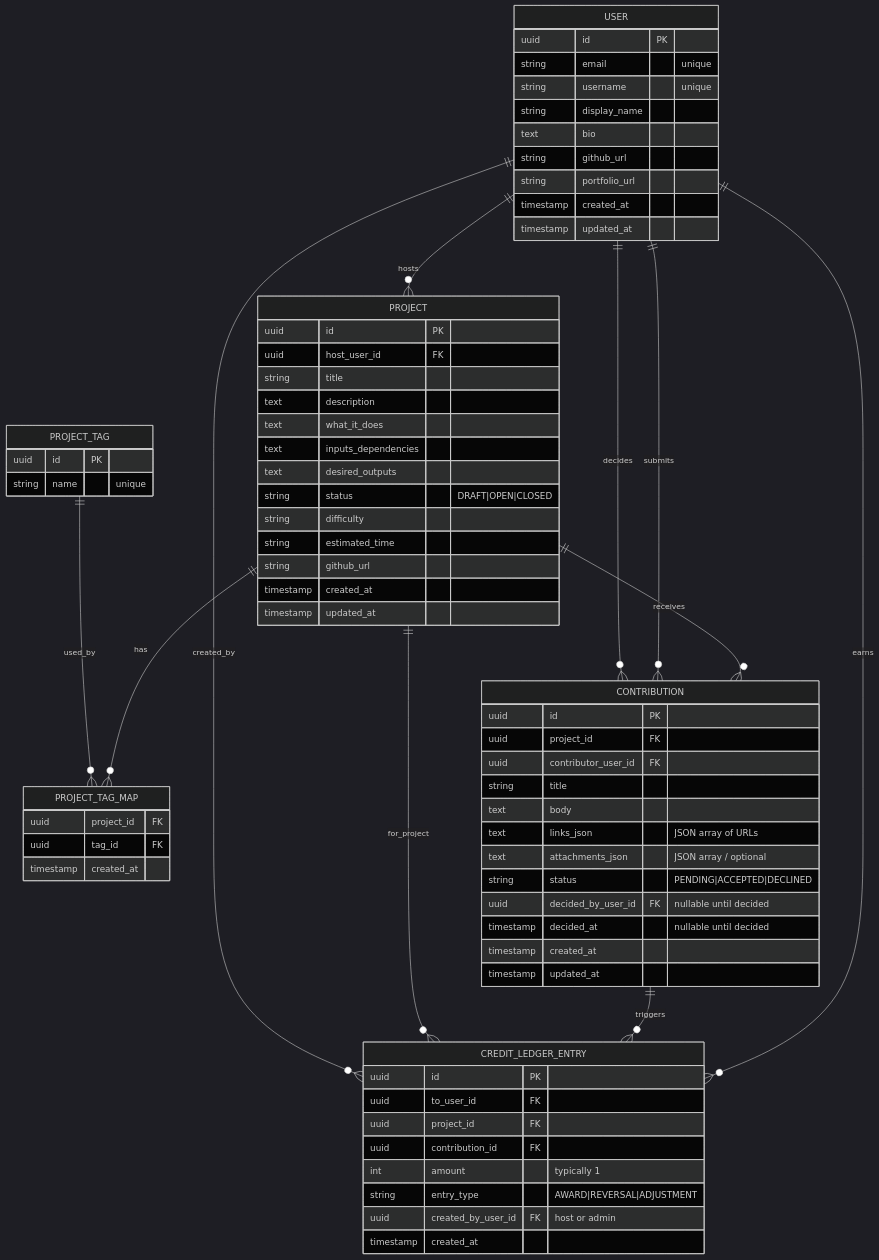
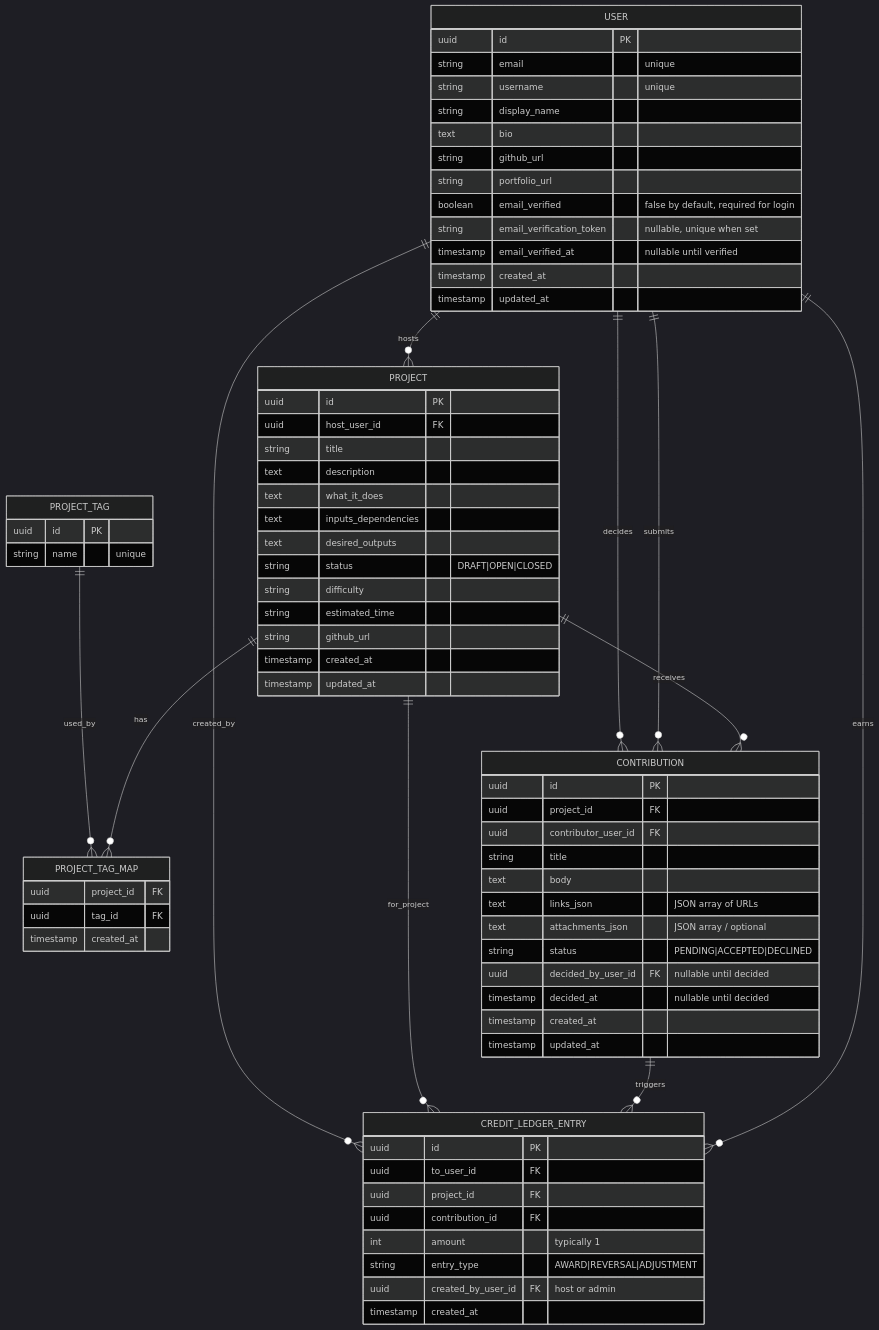
Before and after one commit to mushimuro/InterfaceHive: the diagram in backend/specifications/db-spec.md, drawn with Mermaid (dark theme). The commit also changed other lines of this file and 186 other files, not shown here.

```diff
--- a/backend/specifications/db-spec.md
+++ b/backend/specifications/db-spec.md
@@ -47,6 +53,9 @@
     text bio
     string github_url
     string portfolio_url
+    boolean email_verified "false by default, required for login"
+    string email_verification_token "nullable, unique when set"
+    timestamp email_verified_at "nullable until verified"
     timestamp created_at
     timestamp updated_at
   }
```
